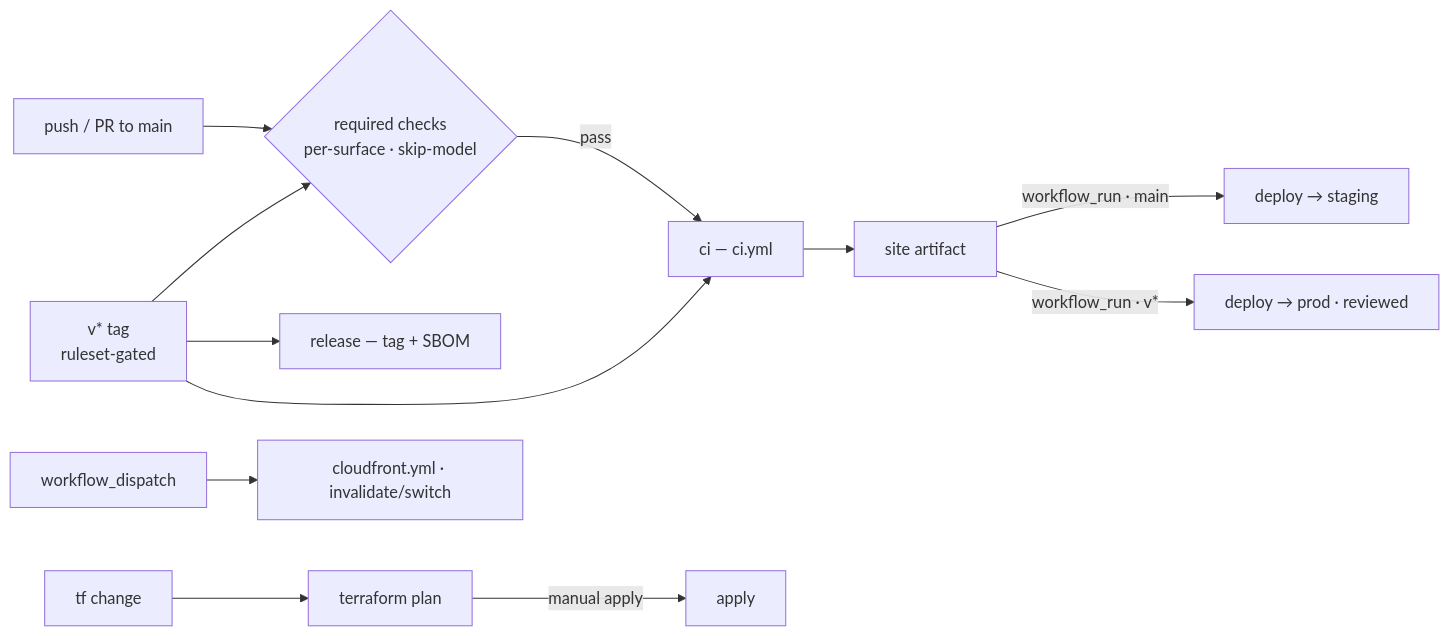
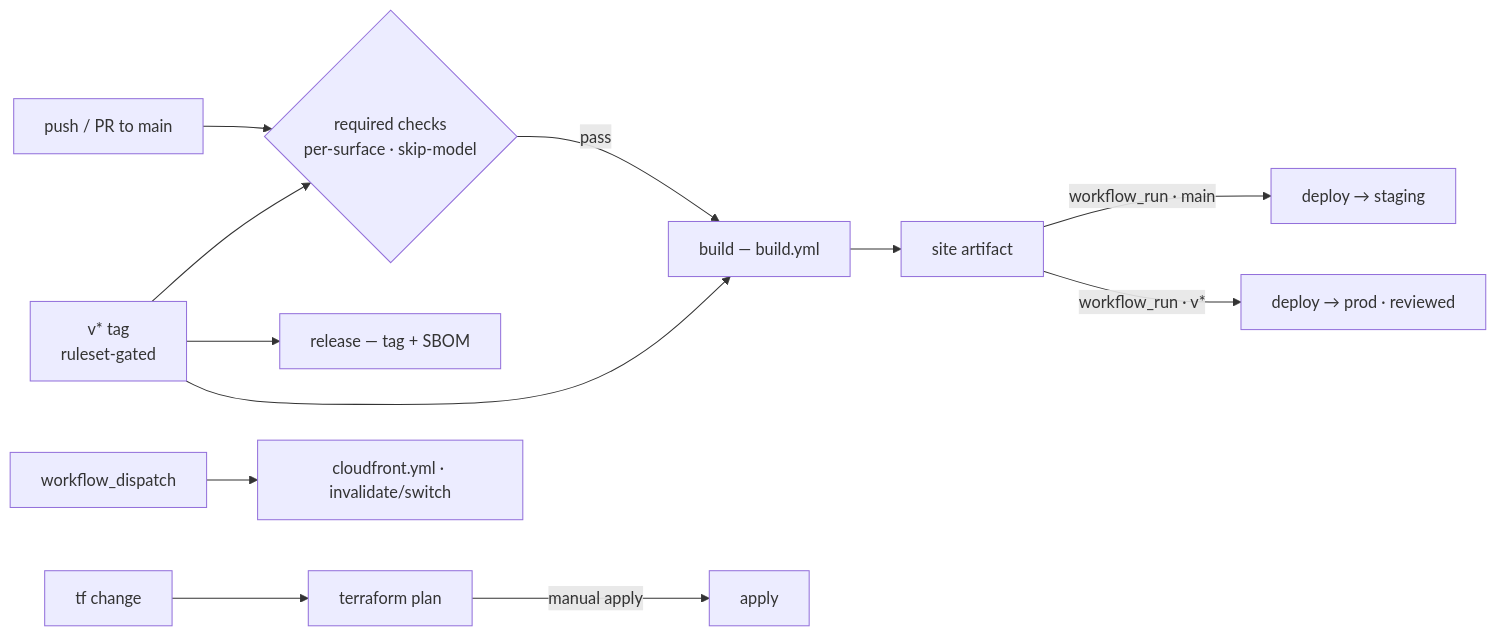
One commit to mathewmusango/my-portfolio changed the fourth of 4 diagrams in docs/en/atlas/platform-architecture.md. Above: the diagram before and after it, drawn with Mermaid. The commit also changed other lines of this file and 11 other files, not shown here.

First line of the commit message:
ci: rename the build workflow ci.yml to build.yml (#138)

````diff
--- a/docs/en/atlas/platform-architecture.md
+++ b/docs/en/atlas/platform-architecture.md
@@ -76,13 +76,13 @@
 ```mermaid
 flowchart LR
     M[push / PR to main] --> C{required checks<br/>per-surface · skip-model}
     V[v* tag<br/>ruleset-gated] --> C
-    C -->|pass| B[ci — ci.yml]
+    C -->|pass| B[build — build.yml]
     V --> B
     B --> A[site artifact]
     A -->|workflow_run · main| S[deploy → staging]
     A -->|workflow_run · v*| P[deploy → prod · reviewed]
     V --> R[release — tag + SBOM]
     T[tf change] --> TP[terraform plan] -->|manual apply| AP[apply]
     X[workflow_dispatch] --> CF[cloudfront.yml · invalidate/switch]
 ```
````
